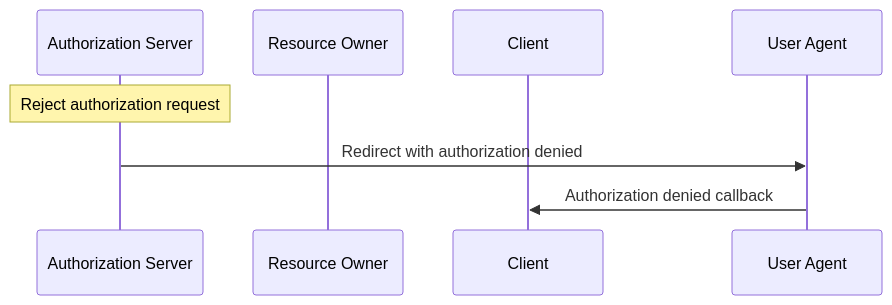
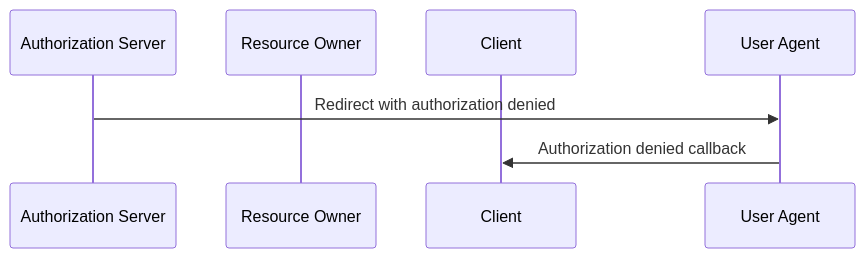
The diagram in examples/oauth-authorization-code/generated/mermaid/workflow-sequence-authorization_server-deny_authorization.mmd (BehavioML/specifications), drawn with Mermaid before and after one commit. The commit also changed 16 other files, not shown here.

```diff
--- a/examples/oauth-authorization-code/generated/mermaid/workflow-sequence-authorization_server-deny_authorization.mmd
+++ b/examples/oauth-authorization-code/generated/mermaid/workflow-sequence-authorization_server-deny_authorization.mmd
@@ -1,9 +1,8 @@
 sequenceDiagram
   participant authorization_server as Authorization Server
   participant resource_owner as Resource Owner
   participant client as Client
   participant user_agent as User Agent
 
-  Note over authorization_server: Reject authorization request
   authorization_server->>user_agent: Redirect with authorization denied
   user_agent->>client: Authorization denied callback
```
